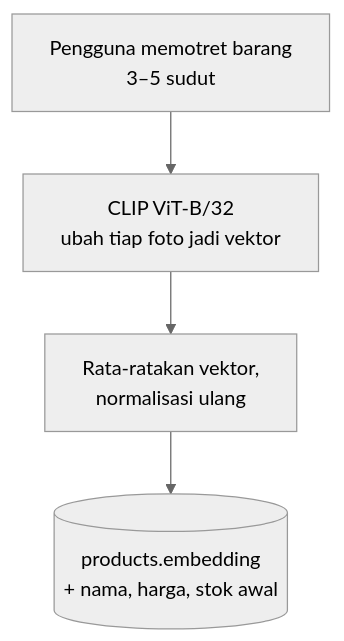
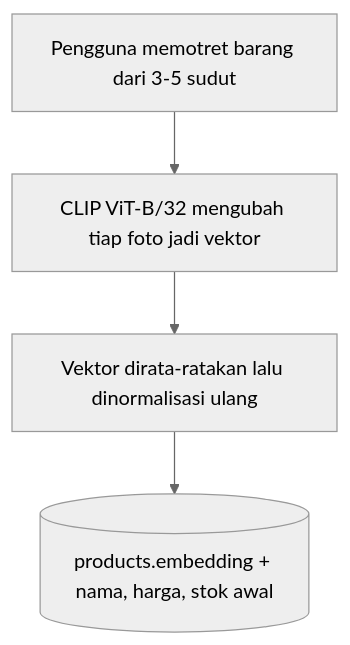
The third of 11 diagrams in docs/proposal/DRAFT-PROPOSAL.md (marshal-rizky/Stocklens), drawn with Mermaid (neutral theme) before and after one commit. The commit also changed other lines of this file and 2 other files, not shown here.

````diff
--- a/docs/proposal/DRAFT-PROPOSAL.md
+++ b/docs/proposal/DRAFT-PROPOSAL.md
@@ -183,6 +169,8 @@
 ```mermaid
 flowchart TB
-    F1["Pengguna memotret barang<br/>3–5 sudut"] --> F2["CLIP ViT-B/32<br/>ubah tiap foto jadi vektor"]
-    F2 --> F3["Rata-ratakan vektor,<br/>normalisasi ulang"]
-    F3 --> F4[("products.embedding<br/>+ nama, harga, stok awal")]
+    F1["Pengguna memotret barang dari 3-5 sudut"]
+    F2["CLIP ViT-B/32 mengubah tiap foto jadi vektor"]
+    F3["Vektor dirata-ratakan lalu dinormalisasi ulang"]
+    F4[("products.embedding + nama, harga, stok awal")]
+    F1 --> F2 --> F3 --> F4
 ```
````
